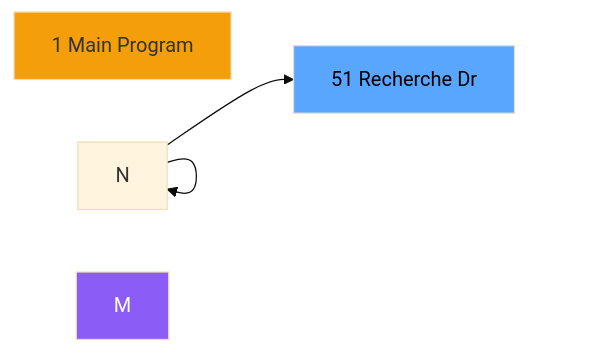
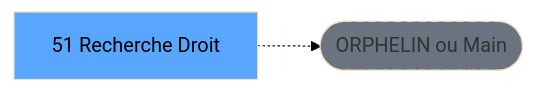
Before and after one commit to thonyAGP/lecteur-magic: the second of 3 diagrams in .openspec/renders/ADH-IDE-51.md, drawn with Mermaid (base theme). The commit also changed other lines of this file and 701 other files, not shown here.

````diff
--- a/.openspec/renders/ADH-IDE-51.md
+++ b/.openspec/renders/ADH-IDE-51.md
@@ -107,11 +117,8 @@
 ```mermaid
 graph LR
-    N1[1 Main Program]
-    T[51 Recherche Dr]
-    N --> N
-    N --> N
-    N --> T
-    style M fill:#8b5cf6,color:#fff
-    style N1 fill:#f59e0b
+    T[51 Recherche Droit]
+    ORPHAN([ORPHELIN ou Main])
+    T -.-> ORPHAN
     style T fill:#58a6ff,color:#000
+    style ORPHAN fill:#6b7280,stroke-dasharray: 5 5
 ```
````
